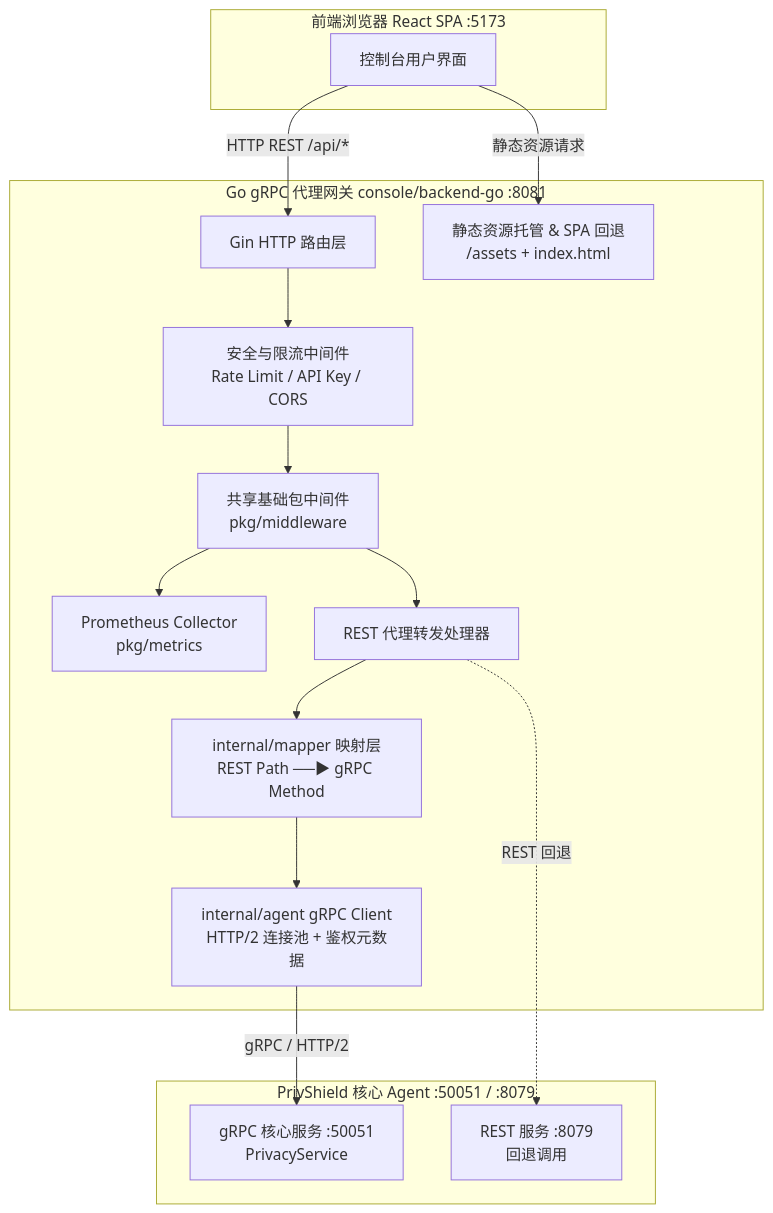
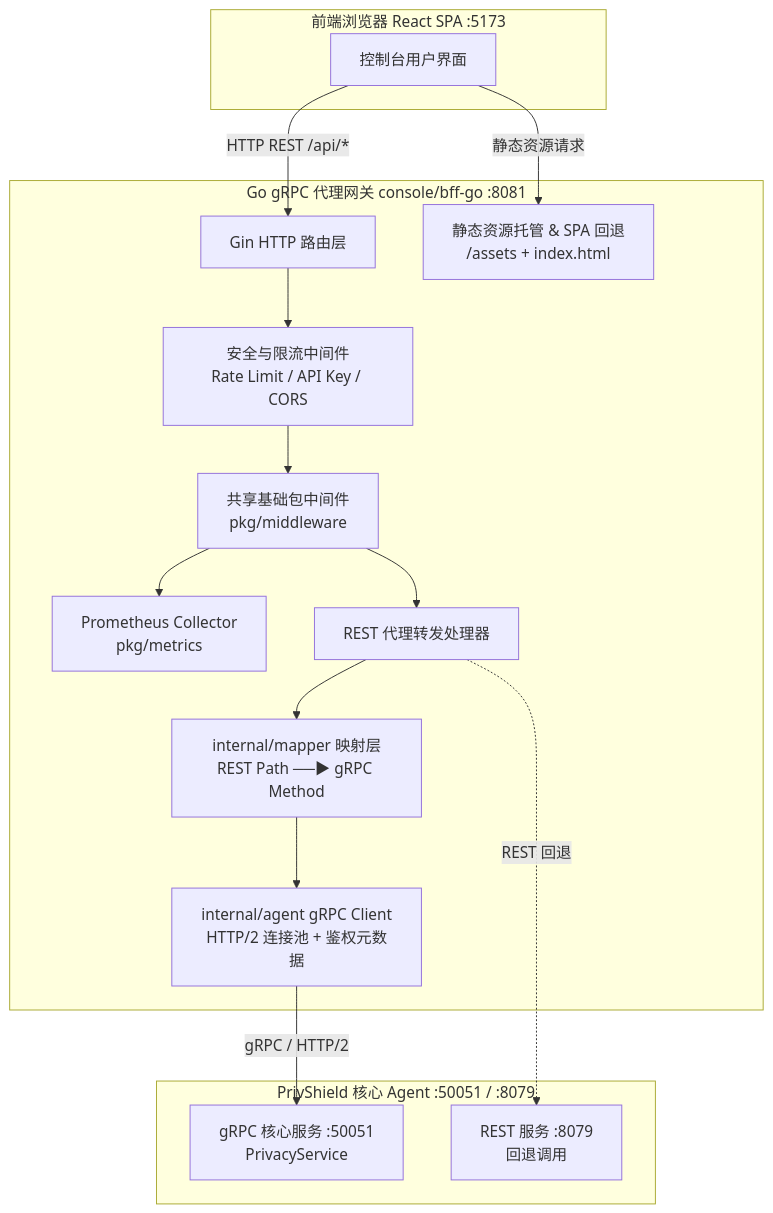
Before and after one commit to fengzhizi319/PrivShield: the diagram in console/bff-go/docs/design.md, drawn with Mermaid. The commit also changed other lines of this file and 14 other files, not shown here.

Commit message:
docs: synchronize documentation with restructured directory layout, enterprise services, and console BFF architecture

````diff
--- a/console/bff-go/docs/design.md
+++ b/console/bff-go/docs/design.md
@@ -22,35 +22,35 @@
 ```mermaid
 graph TD
     subgraph Browser [前端浏览器 React SPA :5173]
         UI[控制台用户界面]
     end
 
-    subgraph GoBackend [Go gRPC 代理网关 console/backend-go :8081]
+    subgraph GoBackend [Go gRPC 代理网关 console/bff-go :8081]
         Router[Gin HTTP 路由层]
         SecMid[安全与限流中间件<br/>Rate Limit / API Key / CORS]
         SharedMid[共享基础包中间件<br/>pkg/middleware]
         PromCollector[Prometheus Collector<br/>pkg/metrics]
         
         ProxyHandler[REST 代理转发处理器]
         Mapper[internal/mapper 映射层<br/>REST Path ──▶ gRPC Method]
         GRPCClient[internal/agent gRPC Client<br/>HTTP/2 连接池 + 鉴权元数据]
         StaticHost[静态资源托管 & SPA 回退<br/>/assets + index.html]
     end
 
     subgraph UpstreamAgent [PrivShield 核心 Agent :50051 / :8079]
         GRPCServer[gRPC 核心服务 :50051<br/>PrivacyService]
         RESTFallback[REST 服务 :8079<br/>回退调用]
     end
 
     UI -->|HTTP REST /api/*| Router
     UI -->|静态资源请求| StaticHost
     Router --> SecMid
     SecMid --> SharedMid
     SharedMid --> ProxyHandler
     SharedMid --> PromCollector
     
     ProxyHandler --> Mapper
     Mapper --> GRPCClient
     GRPCClient -->|gRPC / HTTP/2| GRPCServer
     ProxyHandler -.->|REST 回退| RESTFallback
 ```
````
